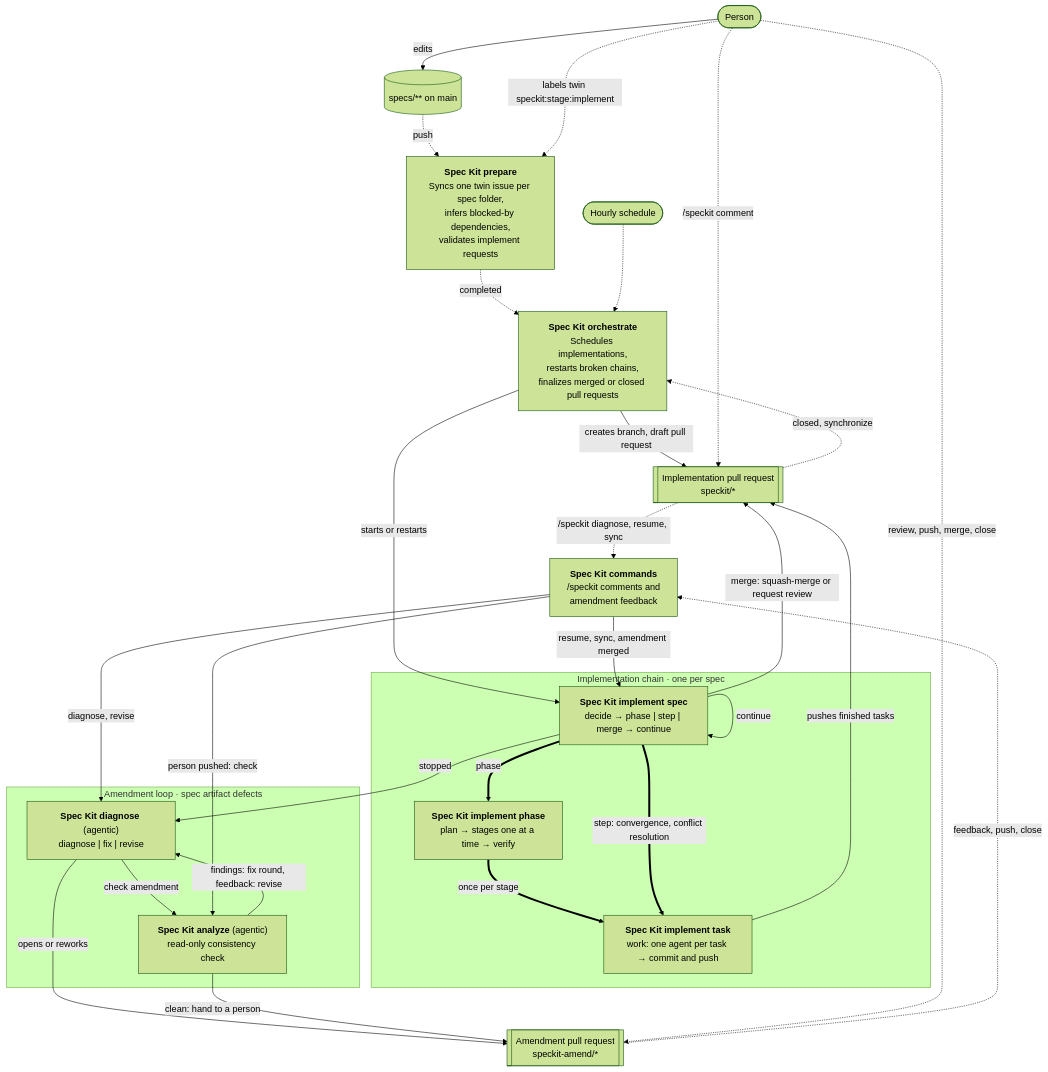
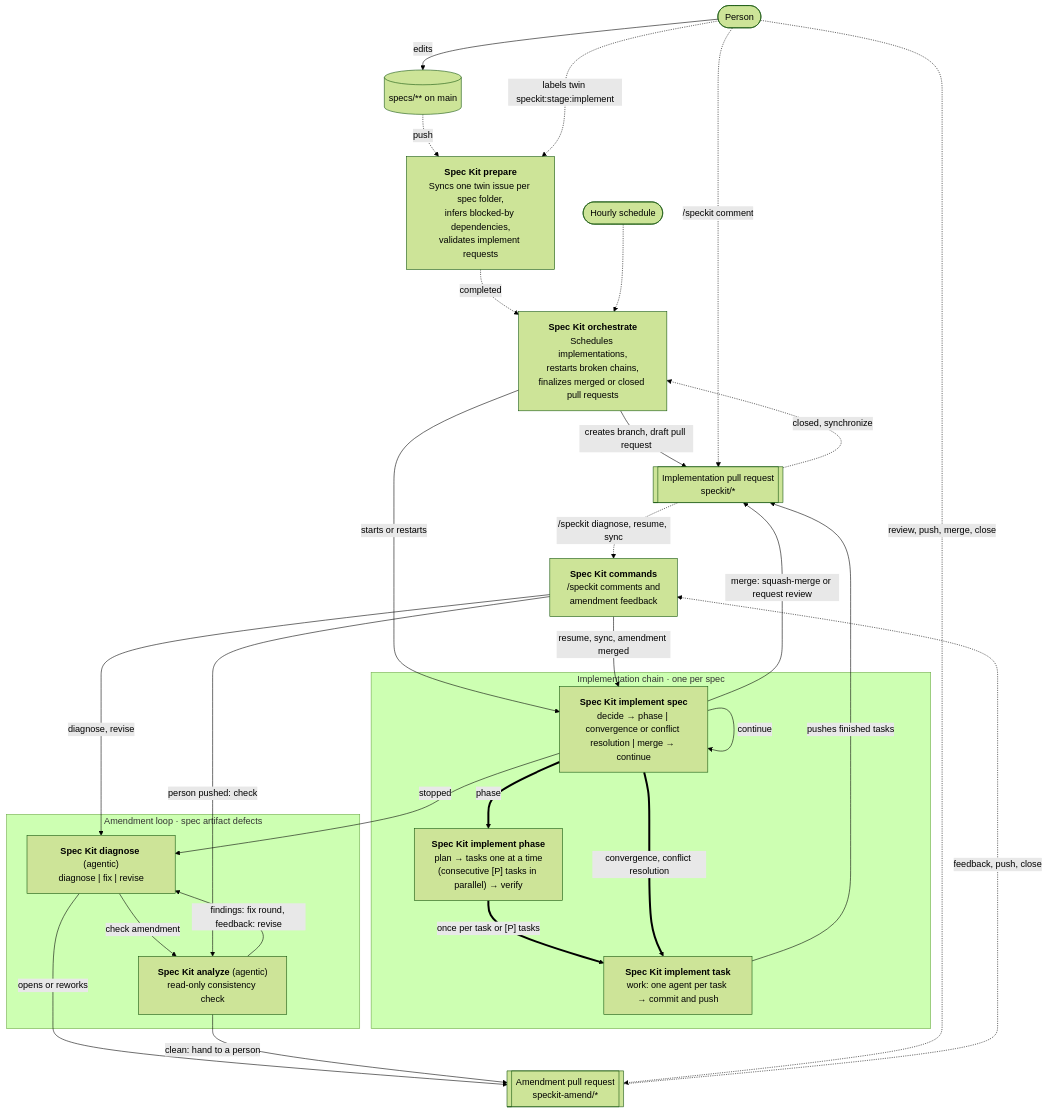
The diagram in .github/workflows/README.md (markusheiliger/socalytics), drawn with Mermaid (forest theme) before and after one commit. The commit also changed other lines of this file and 27 other files, not shown here.

````diff
--- a/.github/workflows/README.md
+++ b/.github/workflows/README.md
@@ -9,55 +9,55 @@
 ```mermaid
 flowchart TD
     person(["Person"])
     specs[("specs/** on main")]
     cron(["Hourly schedule"])
 
     prepare["<b>Spec Kit prepare</b><br/>Syncs one twin issue per spec folder,<br/>infers blocked-by dependencies,<br/>validates implement requests"]
     orchestrate["<b>Spec Kit orchestrate</b><br/>Schedules implementations,<br/>restarts broken chains,<br/>finalizes merged or closed pull requests"]
     commands["<b>Spec Kit commands</b><br/>/speckit comments and<br/>amendment feedback"]
 
     subgraph chain["Implementation chain · one per spec"]
-        spec["<b>Spec Kit implement spec</b><br/>decide → phase | step | merge → continue"]
-        phase["<b>Spec Kit implement phase</b><br/>plan → stages one at a time → verify"]
+        spec["<b>Spec Kit implement spec</b><br/>decide → phase | convergence or conflict resolution | merge → continue"]
+        phase["<b>Spec Kit implement phase</b><br/>plan → tasks one at a time<br/>(consecutive [P] tasks in parallel) → verify"]
         task["<b>Spec Kit implement task</b><br/>work: one agent per task → commit and push"]
     end
 
     subgraph amend["Amendment loop · spec artifact defects"]
         diagnose["<b>Spec Kit diagnose</b> (agentic)<br/>diagnose | fix | revise"]
         analyze["<b>Spec Kit analyze</b> (agentic)<br/>read-only consistency check"]
     end
 
     implPr[["Implementation pull request<br/>speckit/*"]]
     amendPr[["Amendment pull request<br/>speckit-amend/*"]]
 
     person -- "edits" --> specs
     specs -. "push" .-> prepare
     person -. "labels twin speckit:stage:implement" .-> prepare
     prepare -. "completed" .-> orchestrate
     cron -.-> orchestrate
     implPr -. "closed, synchronize" .-> orchestrate
 
     orchestrate -- "creates branch, draft pull request" --> implPr
     orchestrate -- "starts or restarts" --> spec
 
     spec == "phase" ==> phase
-    phase == "once per stage" ==> task
-    spec == "step: convergence, conflict resolution" ==> task
+    phase == "once per task or [P] tasks" ==> task
+    spec == "convergence, conflict resolution" ==> task
     spec -- "continue" --> spec
     task -- "pushes finished tasks" --> implPr
     spec -- "merge: squash-merge or request review" --> implPr
 
     spec -- "stopped" --> diagnose
     diagnose -- "opens or reworks" --> amendPr
     diagnose -- "check amendment" --> analyze
     analyze -- "findings: fix round, feedback: revise" --> diagnose
     analyze -- "clean: hand to a person" --> amendPr
 
     person -. "/speckit comment" .-> implPr
     person -. "review, push, merge, close" .-> amendPr
     implPr -. "/speckit diagnose, resume, sync" .-> commands
     amendPr -. "feedback, push, close" .-> commands
     commands -- "resume, sync, amendment merged" --> spec
     commands -- "diagnose, revise" --> diagnose
     commands -- "person pushed: check" --> analyze
 ```
````
